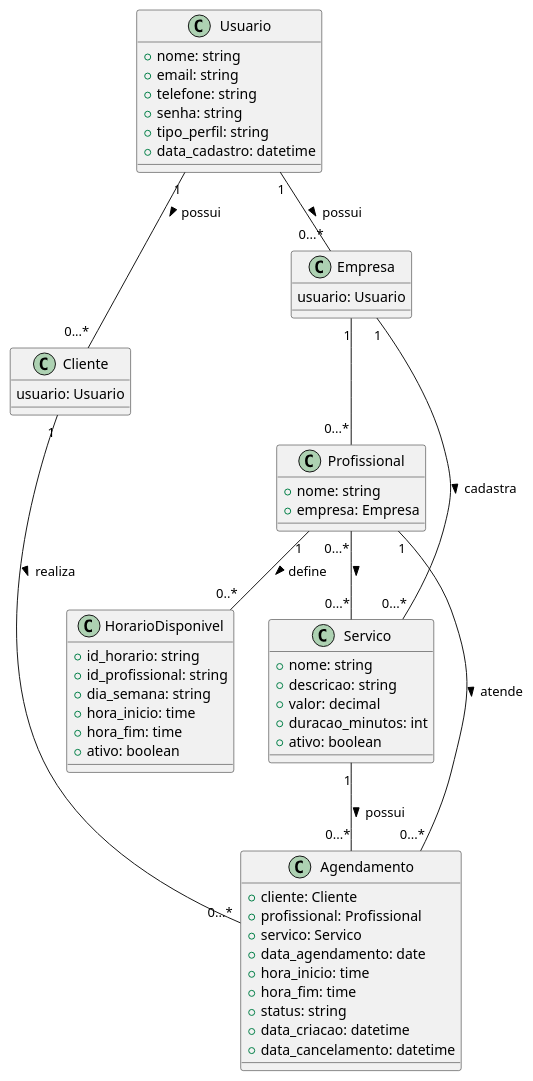
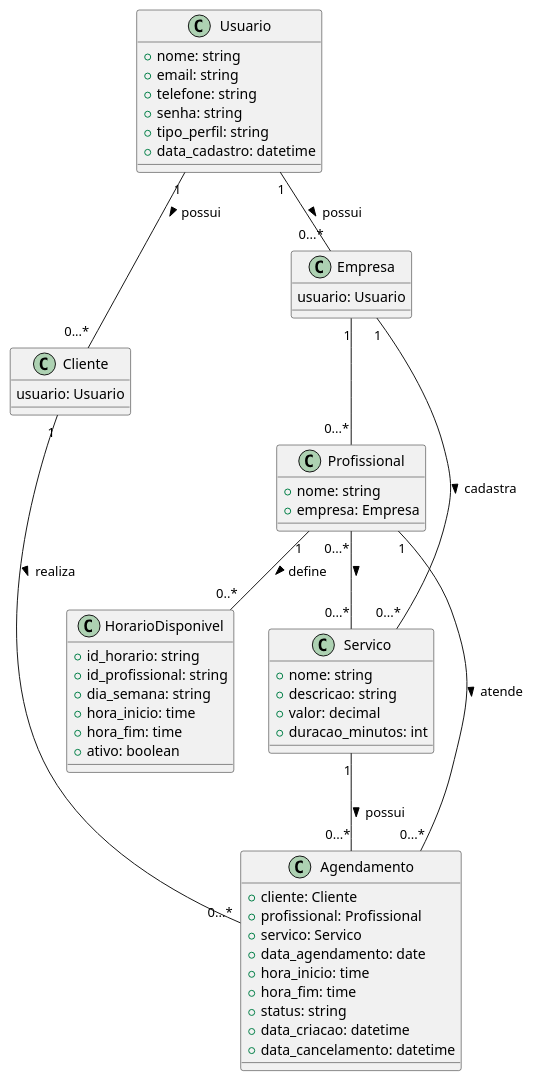
The diagram in diagrama.puml (lucasxsdw/BarberReserve-api), drawn with PlantUML before and after one commit. The commit also changed 12 other files, not shown here.

```diff
--- a/diagrama.puml
+++ b/diagrama.puml
@@ -1,63 +1,62 @@
 @startuml
 class Usuario {
     +nome: string
     +email: string
     +telefone: string
     +senha: string
     +tipo_perfil: string
     +data_cadastro: datetime
 }
 
 class Empresa {
     usuario: Usuario
 }
 
 class Cliente {
     usuario: Usuario
 }
 
 class Profissional {
     +nome: string
     +empresa: Empresa
 }
 
 class Servico {
     +nome: string
     +descricao: string
     +valor: decimal
     +duracao_minutos: int
-    +ativo: boolean
 }
 
 class HorarioDisponivel {
     +id_horario: string
     +id_profissional: string
     +dia_semana: string
     +hora_inicio: time
     +hora_fim: time
     +ativo: boolean
 }
 
 class Agendamento {
     +cliente: Cliente
     +profissional: Profissional
     +servico: Servico
     +data_agendamento: date
     +hora_inicio: time
     +hora_fim: time
     +status: string
     +data_criacao: datetime
     +data_cancelamento: datetime
 }
 
 ' --- Associações ---
 Usuario "1" -- "0...*" Cliente : possui >
 Usuario "1" -- "0...*" Empresa : possui >
 Empresa "1" -- "0...*" Profissional
 Empresa "1" -- "0...*" Servico : cadastra >
 Profissional "1" -- "0..*" HorarioDisponivel : define >
 Profissional "0...*" -- "0...*" Servico : >
 Profissional "1" -- "0...*" Agendamento : atende >
 Cliente "1" -- "0...*" Agendamento : realiza >
 Servico "1" -- "0...*" Agendamento : possui >
 @enduml
```
